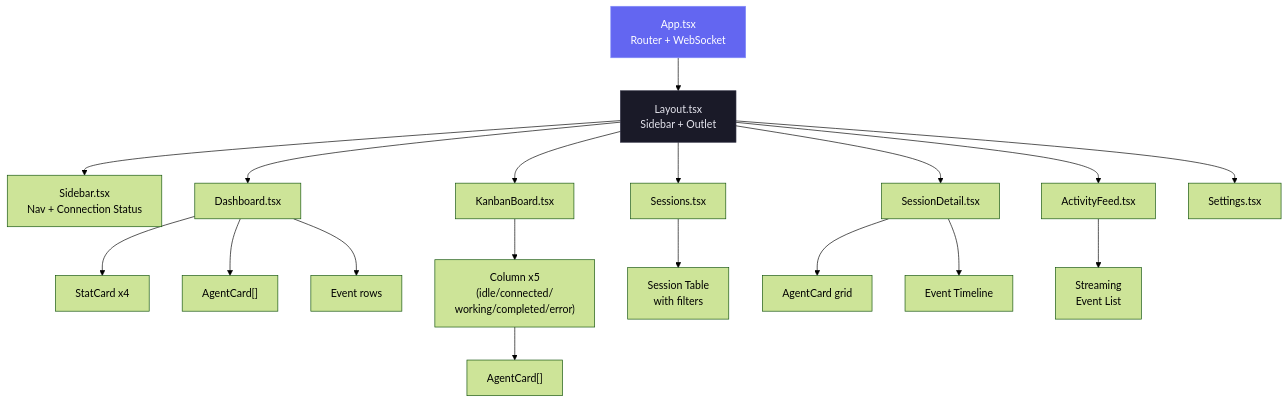
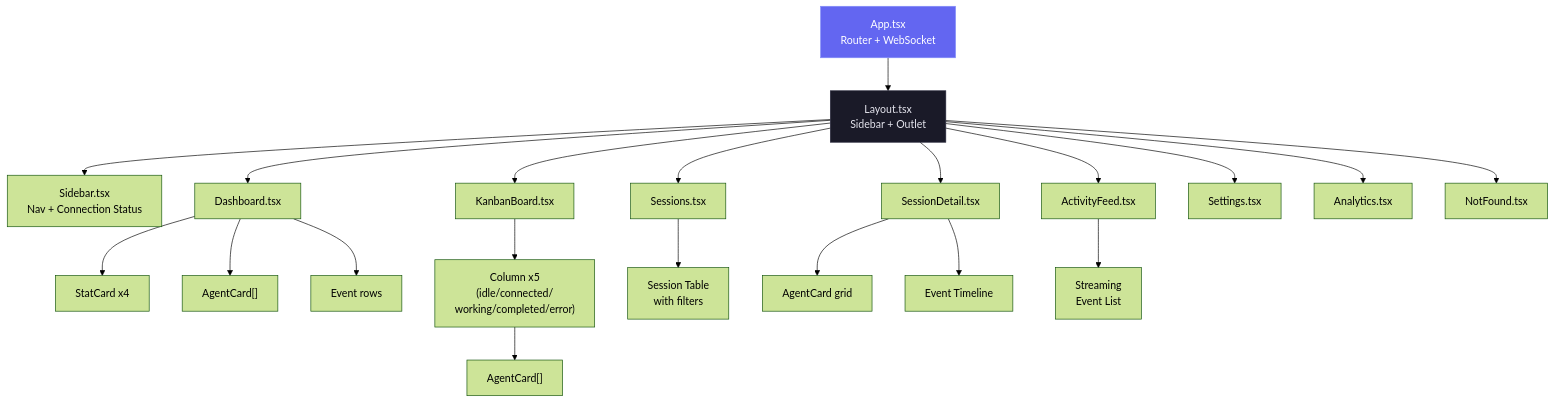
The seventh of 21 diagrams in ARCHITECTURE.md (mirkanu/gsd-dashboard), drawn with Mermaid (forest theme) before and after one commit. The commit also changed other lines of this file and 1 other file, not shown here.

First line of the commit message:
docs: add notifications coverage, ToC, and missing features to README and ARCHITECTURE

````diff
--- a/ARCHITECTURE.md
+++ b/ARCHITECTURE.md
@@ -291,31 +290,34 @@
 ```mermaid
 graph TD
     APP["App.tsx<br/>Router + WebSocket"]
     LAYOUT["Layout.tsx<br/>Sidebar + Outlet"]
     SIDEBAR["Sidebar.tsx<br/>Nav + Connection Status"]
     DASH["Dashboard.tsx"]
     KANBAN["KanbanBoard.tsx"]
     SESS["Sessions.tsx"]
     DETAIL["SessionDetail.tsx"]
     ACTIVITY["ActivityFeed.tsx"]
     SETTINGS_P["Settings.tsx"]
 
+    ANALYTICS_P["Analytics.tsx"]
+    NOTFOUND["NotFound.tsx"]
+
     APP --> LAYOUT
     LAYOUT --> SIDEBAR
-    LAYOUT --> DASH & KANBAN & SESS & DETAIL & ACTIVITY & SETTINGS_P
+    LAYOUT --> DASH & KANBAN & SESS & DETAIL & ACTIVITY & ANALYTICS_P & SETTINGS_P & NOTFOUND
 
     DASH --> SC1["StatCard x4"]
     DASH --> AC1["AgentCard[]"]
     DASH --> EV1["Event rows"]
 
     KANBAN --> COL["Column x5<br/>(idle/connected/<br/>working/completed/error)"]
     COL --> AC2["AgentCard[]"]
 
     SESS --> TABLE["Session Table<br/>with filters"]
     DETAIL --> AC3["AgentCard grid"]
     DETAIL --> TL["Event Timeline"]
     ACTIVITY --> FEED["Streaming<br/>Event List"]
 
     style APP fill:#6366f1,stroke:#818cf8,color:#fff
     style LAYOUT fill:#1a1a28,stroke:#2a2a3d,color:#e4e4ed
 ```
````
